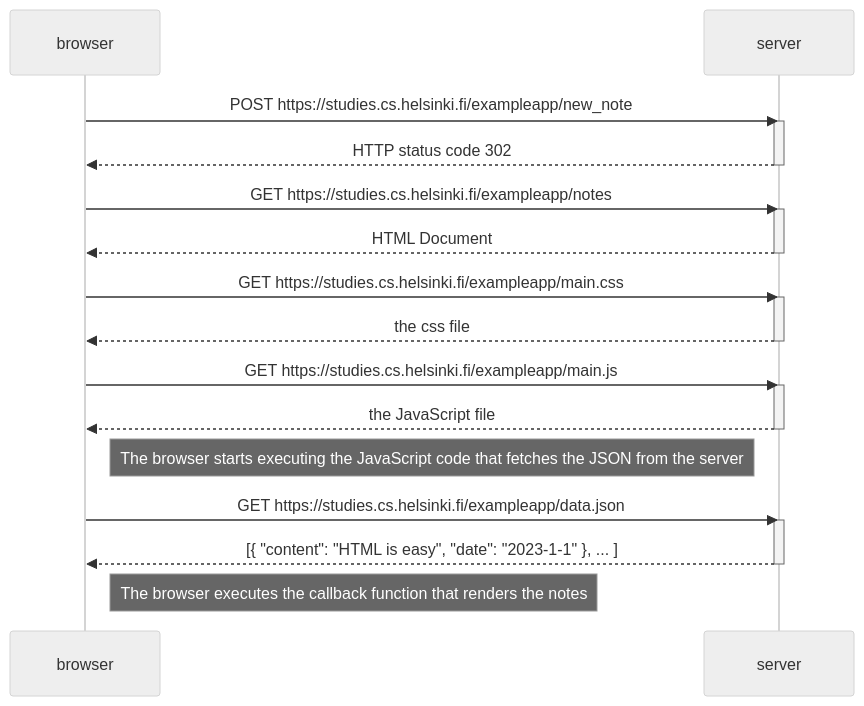
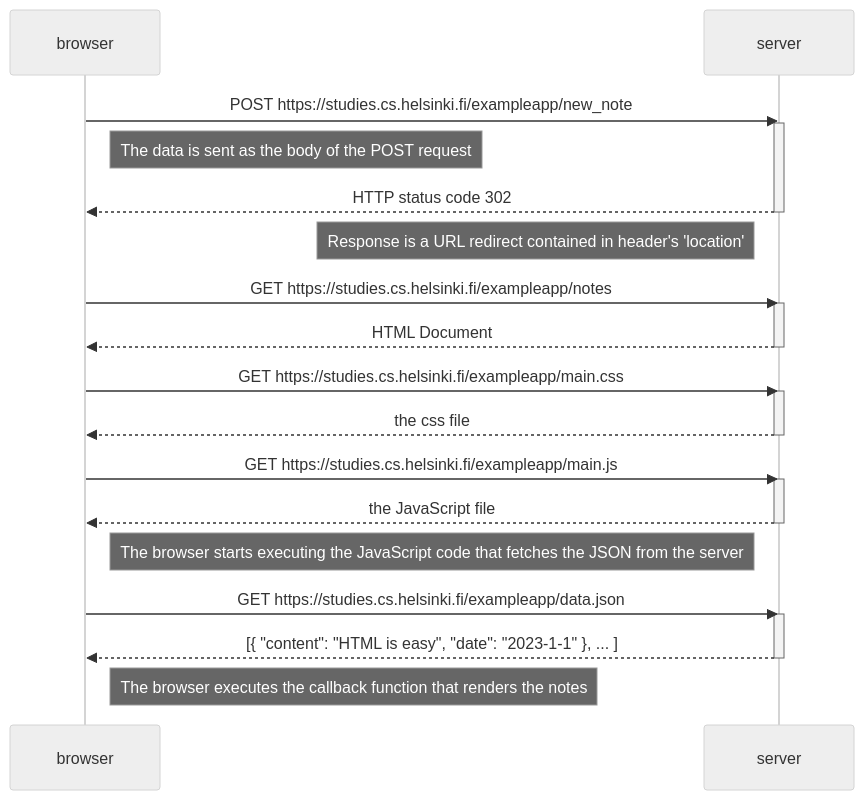
Before and after one commit to WingRa7/fullstackopencourse: the diagram in part0/4.md, drawn with Mermaid (neutral theme).

````diff
--- a/part0/4.md
+++ b/part0/4.md
@@ -2,34 +2,36 @@
 ```mermaid
 sequenceDiagram
     participant browser
     participant server
 
     browser->>server: POST https://studies.cs.helsinki.fi/exampleapp/new_note
     activate server
+    Note right of browser: The data is sent as the body of the POST request
     server-->>browser: HTTP status code 302
     deactivate server
+    Note left of server: Response is a URL redirect contained in header's 'location'
 
     browser->>server: GET https://studies.cs.helsinki.fi/exampleapp/notes
     activate server
     server-->>browser: HTML Document
     deactivate server
 
     browser->>server: GET https://studies.cs.helsinki.fi/exampleapp/main.css
     activate server
     server-->>browser: the css file
     deactivate server
 
     browser->>server: GET https://studies.cs.helsinki.fi/exampleapp/main.js
     activate server
     server-->>browser: the JavaScript file
     deactivate server
 
     Note right of browser: The browser starts executing the JavaScript code that fetches the JSON from the server
 
     browser->>server: GET https://studies.cs.helsinki.fi/exampleapp/data.json
     activate server
     server-->>browser: [{ "content": "HTML is easy", "date": "2023-1-1" }, ... ]
     deactivate server
 
     Note right of browser: The browser executes the callback function that renders the notes
 ```
````
